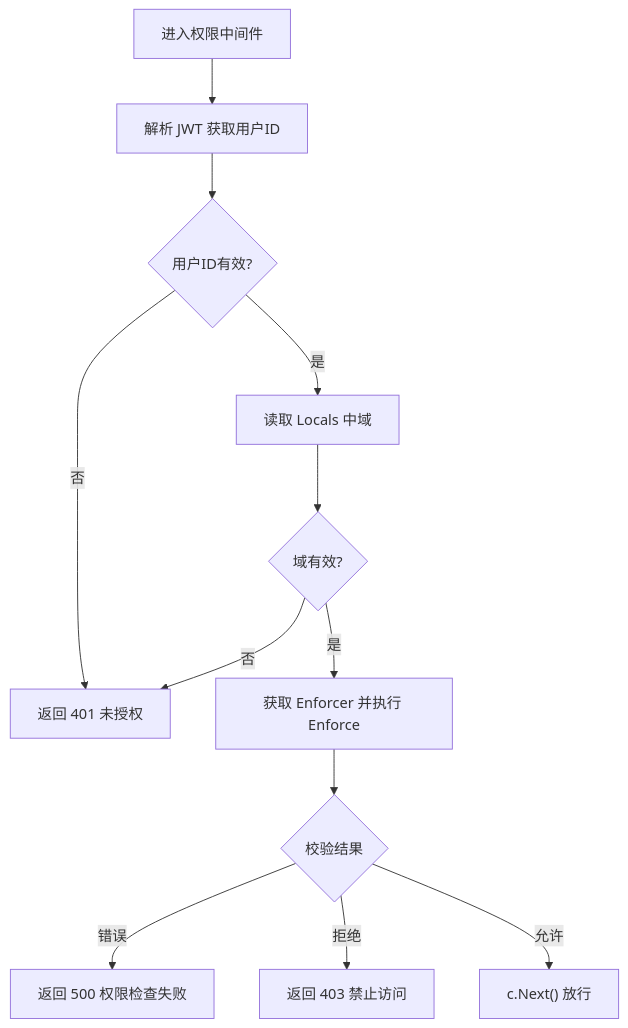
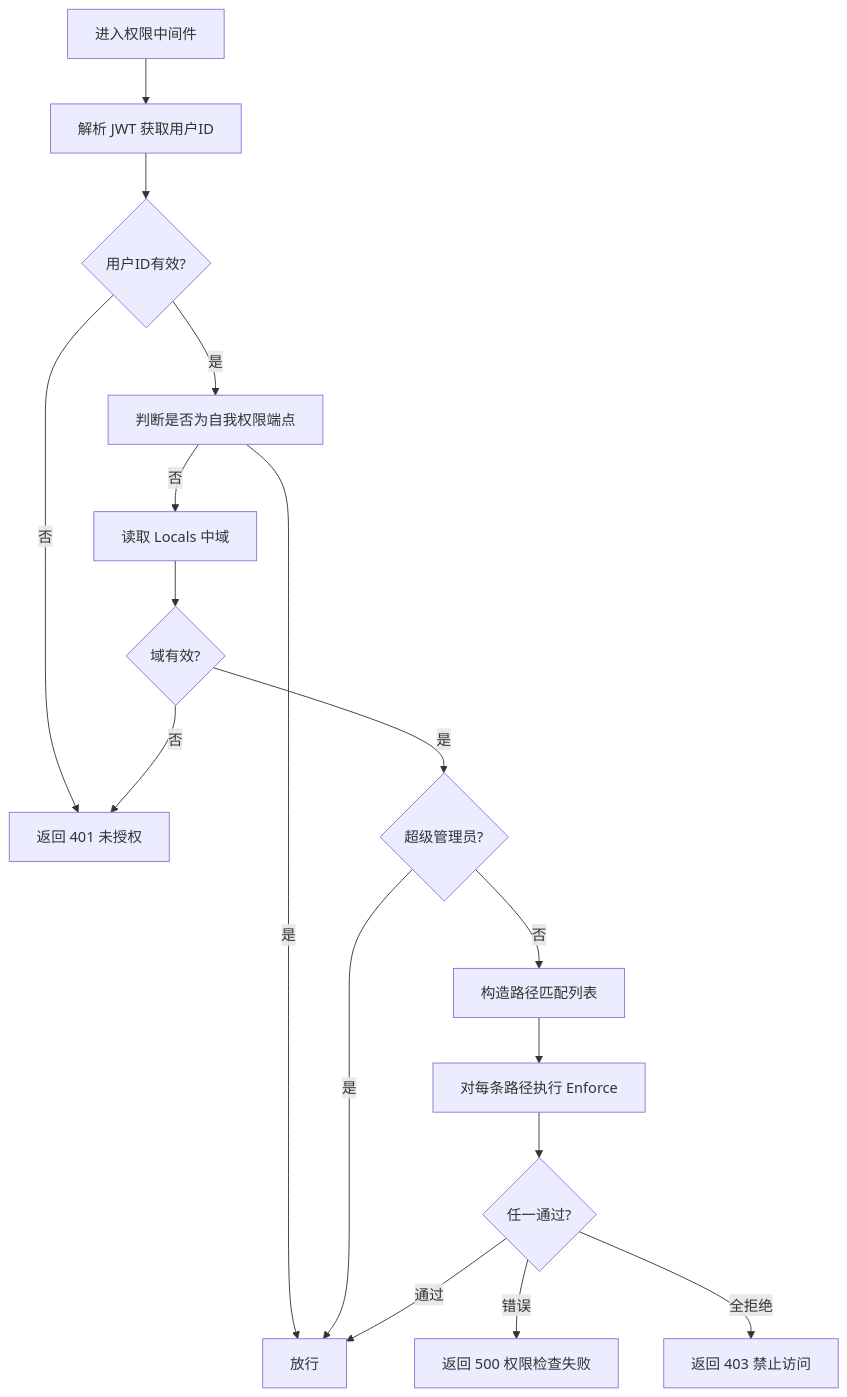
Before and after one commit to wuwuseo/e-sports-go-admin: the fifth of 7 diagrams in .qoder/repowiki/zh/content/中间件系统/中间件架构设计.md, drawn with Mermaid. The commit also changed other lines of this file and 42 other files, not shown here.

````diff
--- a/.qoder/repowiki/zh/content/中间件系统/中间件架构设计.md
+++ b/.qoder/repowiki/zh/content/中间件系统/中间件架构设计.md
@@ -232,14 +262,19 @@
 ```mermaid
 flowchart TD
 A["进入权限中间件"] --> B["解析 JWT 获取用户ID"]
 B --> C{"用户ID有效?"}
 C --> |否| U401["返回 401 未授权"]
-C --> |是| D["读取 Locals 中域"]
-D --> E{"域有效?"}
-E --> |否| U401
-E --> |是| F["获取 Enforcer 并执行 Enforce"]
-F --> G{"校验结果"}
-G --> |错误| U500["返回 500 权限检查失败"]
-G --> |拒绝| U403["返回 403 禁止访问"]
-G --> |允许| Next["c.Next() 放行"]
+C --> |是| D["判断是否为自我权限端点"]
+D --> |是| Next["放行"]
+D --> |否| E["读取 Locals 中域"]
+E --> F{"域有效?"}
+F --> |否| U401
+F --> |是| SA{"超级管理员?"}
+SA --> |是| Next
+SA --> |否| G["构造路径匹配列表"]
+G --> H["对每条路径执行 Enforce"]
+H --> I{"任一通过?"}
+I --> |错误| U500["返回 500 权限检查失败"]
+I --> |全拒绝| U403["返回 403 禁止访问"]
+I --> |通过| Next
 ```
````
